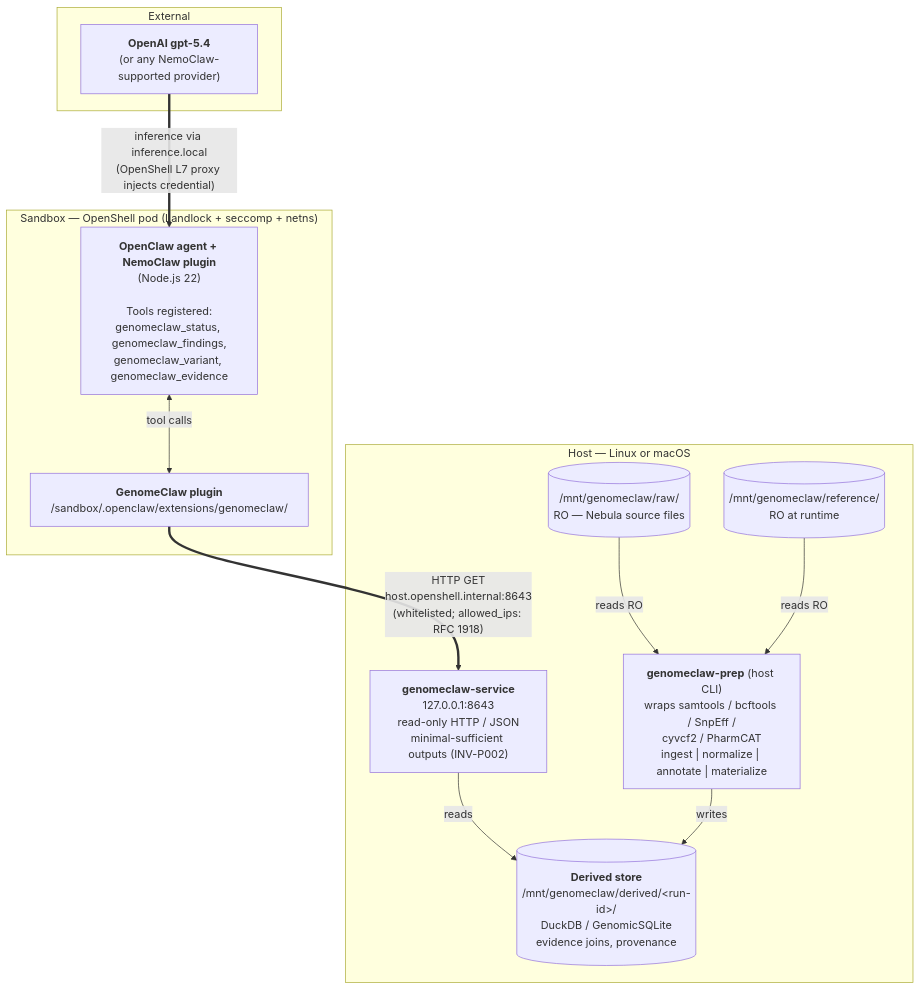
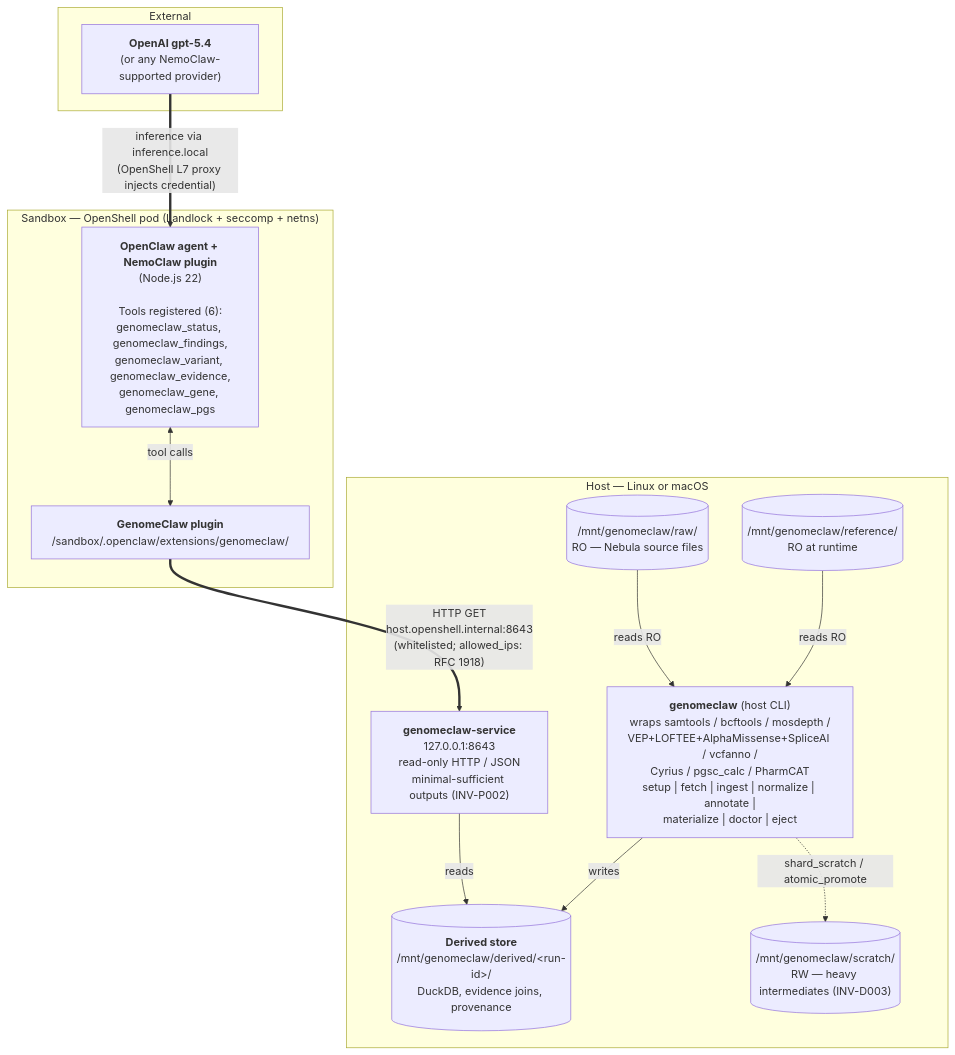
Before and after one commit to aerugo/GenomeClaw: the first of 3 diagrams in docs/reference/architecture.md, drawn with Mermaid. The commit also changed other lines of this file and 4 other files, not shown here.

````diff
--- a/docs/reference/architecture.md
+++ b/docs/reference/architecture.md
@@ -66,28 +75,30 @@
 ```mermaid
 flowchart TB
     subgraph EXT["External"]
         LLM["<b>OpenAI gpt-5.4</b><br/>(or any NemoClaw-supported provider)"]
     end
 
     subgraph SBX["Sandbox — OpenShell pod (Landlock + seccomp + netns)"]
-        Agent["<b>OpenClaw agent + NemoClaw plugin</b><br/>(Node.js 22)<br/><br/>Tools registered:<br/>genomeclaw_status, genomeclaw_findings,<br/>genomeclaw_variant, genomeclaw_evidence"]
+        Agent["<b>OpenClaw agent + NemoClaw plugin</b><br/>(Node.js 22)<br/><br/>Tools registered (6):<br/>genomeclaw_status, genomeclaw_findings,<br/>genomeclaw_variant, genomeclaw_evidence,<br/>genomeclaw_gene, genomeclaw_pgs"]
         Plugin["<b>GenomeClaw plugin</b><br/>/sandbox/.openclaw/extensions/genomeclaw/"]
         Agent <-->|tool calls| Plugin
     end
 
     subgraph HST["Host — Linux or macOS"]
         Service["<b>genomeclaw-service</b><br/>127.0.0.1:8643<br/>read-only HTTP / JSON<br/>minimal-sufficient outputs (INV-P002)"]
-        Store[("<b>Derived store</b><br/>/mnt/genomeclaw/derived/&lt;run-id&gt;/<br/>DuckDB / GenomicSQLite<br/>evidence joins, provenance")]
-        Prep["<b>genomeclaw-prep</b> (host CLI)<br/>wraps samtools / bcftools / SnpEff /<br/>cyvcf2 / PharmCAT<br/>ingest | normalize | annotate | materialize"]
+        Store[("<b>Derived store</b><br/>/mnt/genomeclaw/derived/&lt;run-id&gt;/<br/>DuckDB, evidence joins, provenance")]
+        Prep["<b>genomeclaw</b> (host CLI)<br/>wraps samtools / bcftools / mosdepth /<br/>VEP+LOFTEE+AlphaMissense+SpliceAI / vcfanno /<br/>Cyrius / pgsc_calc / PharmCAT<br/>setup | fetch | ingest | normalize | annotate |<br/>materialize | doctor | eject"]
+        Scratch[("/mnt/genomeclaw/scratch/<br/>RW — heavy intermediates (INV-D003)")]
         Raw[("/mnt/genomeclaw/raw/<br/>RO — Nebula source files")]
         Ref[("/mnt/genomeclaw/reference/<br/>RO at runtime")]
 
         Service -->|reads| Store
         Prep -->|writes| Store
+        Prep -.->|shard_scratch / atomic_promote| Scratch
         Raw -->|reads RO| Prep
         Ref -->|reads RO| Prep
     end
 
     LLM ==>|"inference via inference.local<br/>(OpenShell L7 proxy injects credential)"| Agent
     Plugin ==>|"HTTP GET<br/>host.openshell.internal:8643<br/>(whitelisted; allowed_ips: RFC 1918)"| Service
 ```
````
